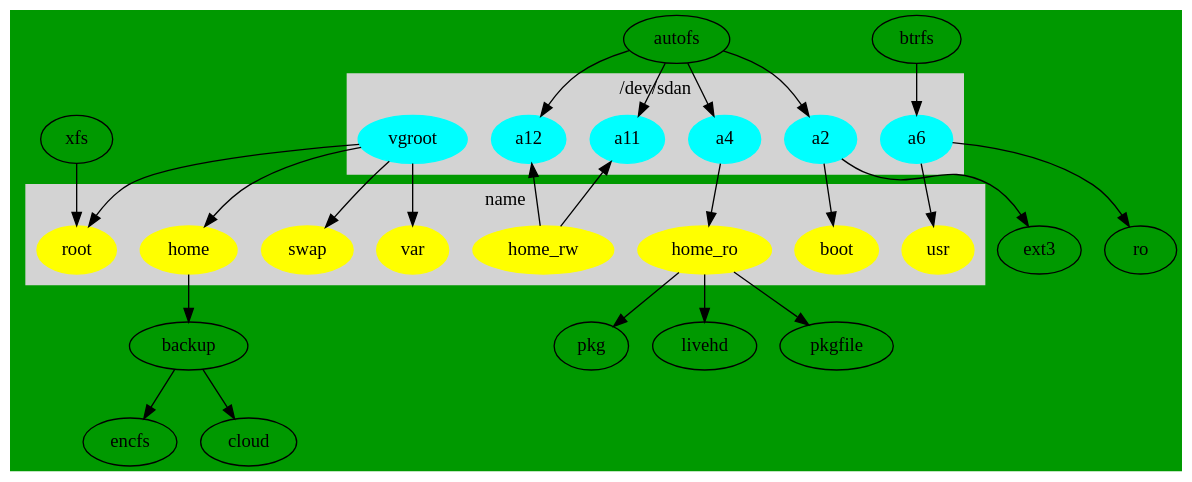
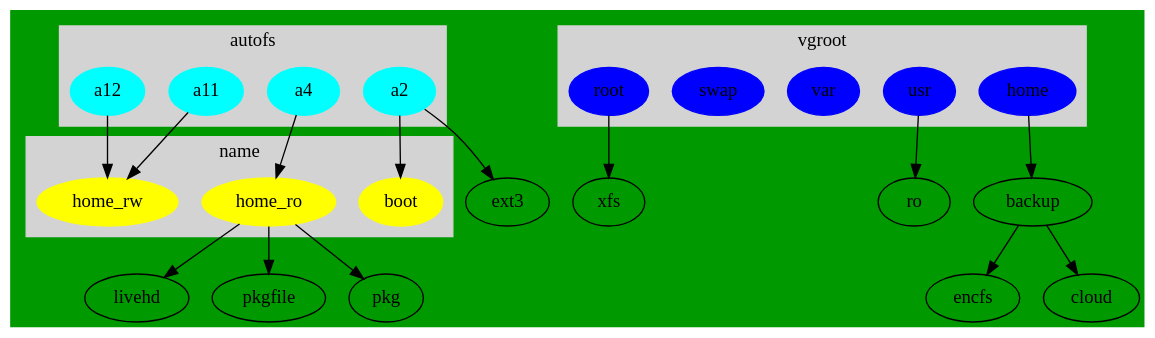
The diagram in dot/.config/dupl/parted.dot (cdede/dotfiles), drawn with Graphviz before and after one commit.

Commit message:
fix  ext4 Superblock last mount time is in the future done ,usr change to ext4 back

```diff
--- a/dot/.config/dupl/parted.dot
+++ b/dot/.config/dupl/parted.dot
@@ -1,57 +1,52 @@
 // dot -Tpng  parted.dot -o line1.png
 //  default ext4
 digraph G {
   bgcolor ="#009900";
 
 	subgraph cluster_0 {
 		style=filled;
 		color=lightgrey;
 		node [style=filled,color=cyan];
 		a2 ;
-                vgroot;
                 a4;
-                a6;
                 a11;
                 a12;
-		label = "/dev/sdan";
+		label = "autofs";
 	}
 
 	subgraph cluster_2 {
 		style=filled;
 		color=lightgrey;
 		node [style=filled,color=yellow];
 		boot;
+                home_ro;
+                home_rw;
+		label = "name";
+	}
+	subgraph cluster_3 {
+		style=filled;
+		color=lightgrey;
+		node [style=filled,color=blue];
 		root ;
                 usr;
                 var;
 		swap;
 		home;
-                home_ro;
-                home_rw;
-		label = "name";
+		label = "vgroot";
 	}
+
 
 	a2 -> boot;
 	a2 -> ext3;
-	autofs->a2;
-	autofs->a4;
-	autofs->a11;
-	autofs->a12;
-        home_rw->a11;
-        home_rw->a12;
-        btrfs ->a6;
-        xfs ->root;
-        vgroot -> swap ;
-        vgroot -> var ;
-        vgroot -> home;
-        vgroot -> root;
+        a11->home_rw;
+        a12->home_rw;
+        root->xfs;
+        usr ->ro;
         home->backup;
         a4 ->home_ro;
         home_ro->livehd;
         home_ro->pkgfile;
         home_ro->pkg;
-        a6 -> usr ;
-        a6 ->ro;
         backup -> encfs;
         backup -> cloud;
 }
```
